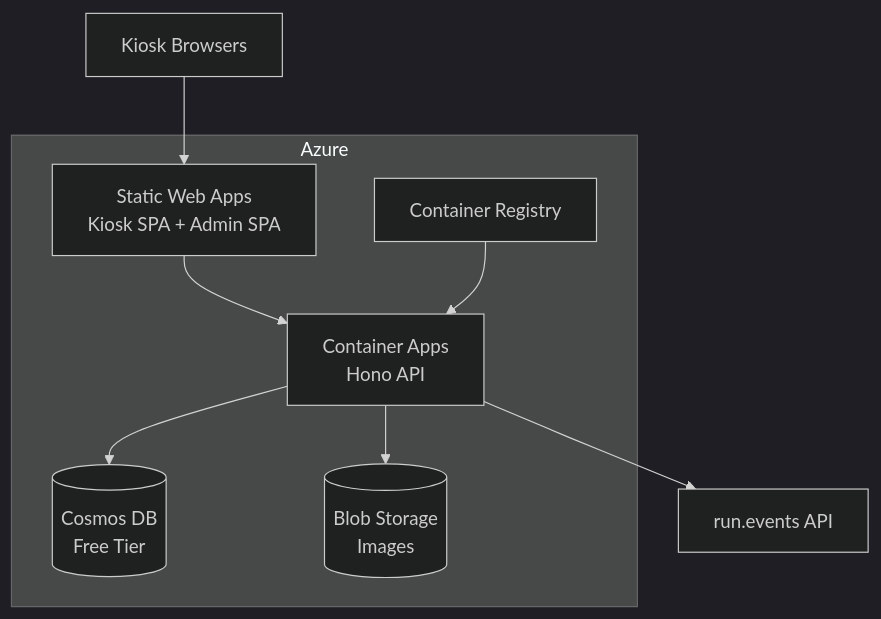
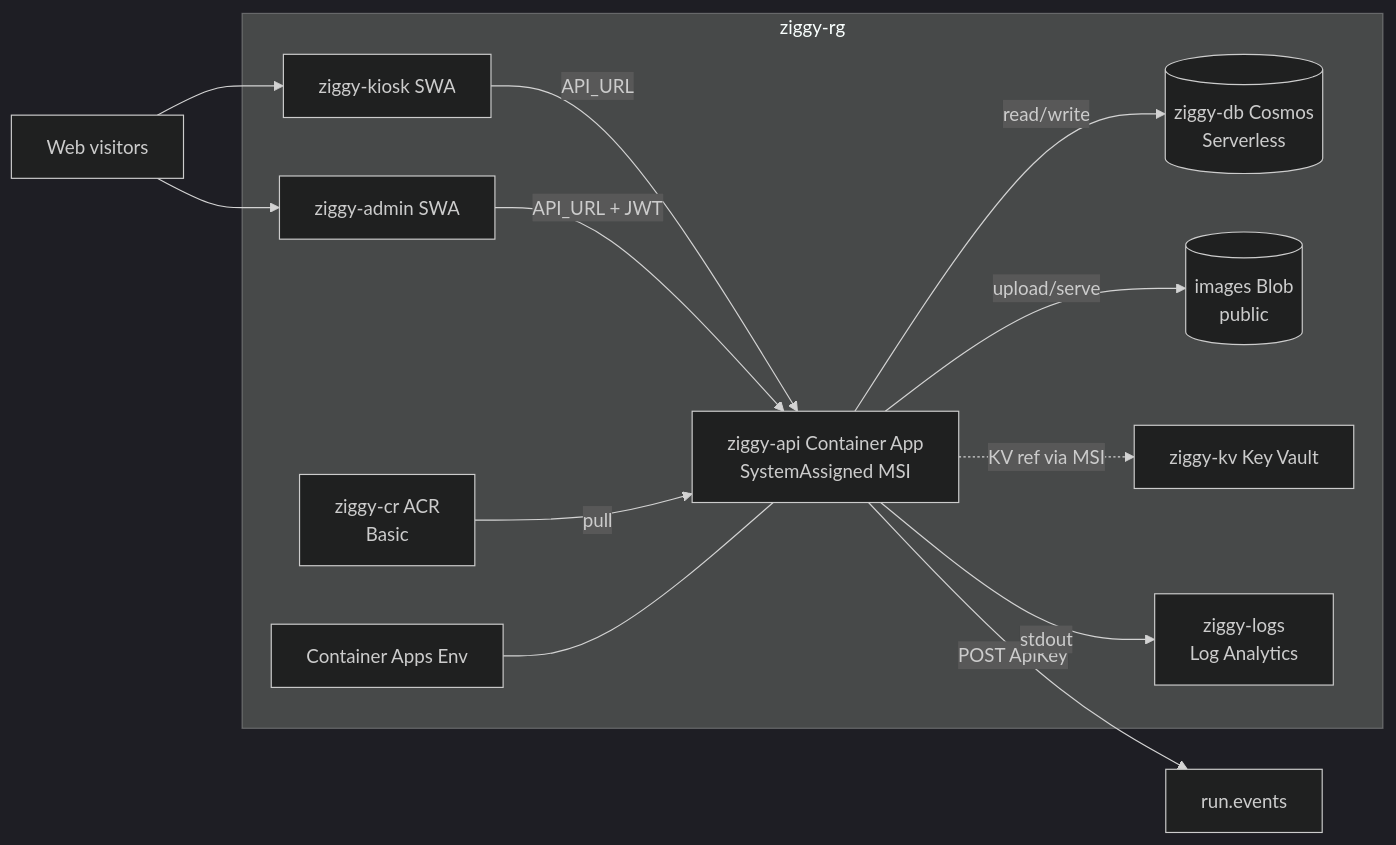
One commit to expertslive/ziggy changed the first of 3 diagrams in docs/deployment.md. Above: the diagram before and after it, drawn with Mermaid (dark theme). The commit also changed other lines of this file and 10 other files, not shown here.

First line of the commit message:
docs: comprehensive refresh — architecture, security, data model, state management, lessons

````diff
--- a/docs/deployment.md
+++ b/docs/deployment.md
@@ -7,17 +24,26 @@
 ```mermaid
-graph TB
-    subgraph Azure
-        SWA[Static Web Apps<br/>Kiosk SPA + Admin SPA]
-        CA[Container Apps<br/>Hono API]
-        CDB[(Cosmos DB<br/>Free Tier)]
-        BS[(Blob Storage<br/>Images)]
-        ACR[Container Registry]
+flowchart LR
+    subgraph Azure ["ziggy-rg"]
+        SWAK[ziggy-kiosk SWA]
+        SWAA[ziggy-admin SWA]
+        CAE[Container Apps Env]
+        CA[ziggy-api Container App<br/>SystemAssigned MSI]
+        ACR[ziggy-cr ACR<br/>Basic]
+        DB[(ziggy-db Cosmos<br/>Serverless)]
+        BS[(images Blob<br/>public)]
+        KV[ziggy-kv Key Vault]
+        LA[ziggy-logs<br/>Log Analytics]
     end
 
-    U[Kiosk Browsers] --> SWA
-    SWA --> CA
-    CA --> CDB
-    CA --> BS
-    CA --> RE[run.events API]
-    ACR --> CA
+    Web[Web visitors] --> SWAK
+    Web --> SWAA
+    SWAK -- API_URL --> CA
+    SWAA -- API_URL + JWT --> CA
+    CA -- POST ApiKey --> RE[run.events]
+    CA -- read/write --> DB
+    CA -- upload/serve --> BS
+    CA -. KV ref via MSI .-> KV
+    ACR -- pull --> CA
+    CAE --- CA
+    CA -- stdout --> LA
 ```
````
